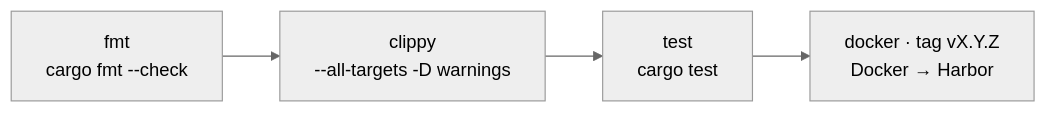
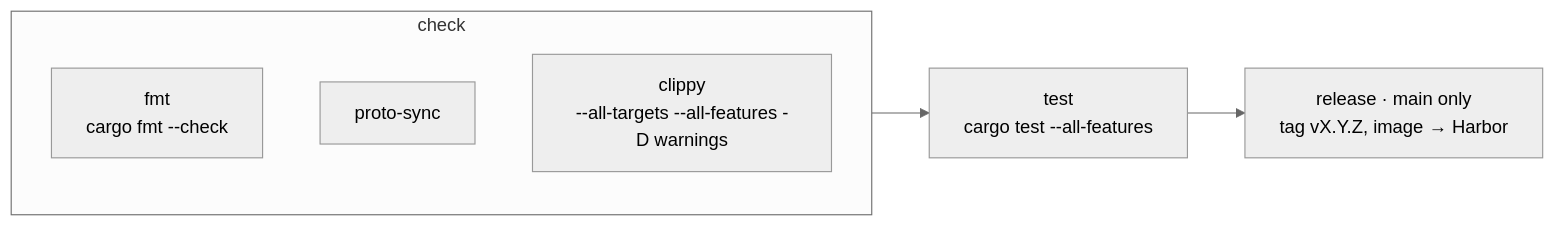
Before and after one commit to snodra/snodra-server: the diagram in README.md, drawn with Mermaid (neutral theme). The commit also changed other lines of this file, not shown here.

````diff
--- a/README.md
+++ b/README.md
@@ -1181,4 +1193,9 @@
 ```mermaid
 flowchart LR
-    fmt["fmt<br/>cargo fmt --check"] --> clippy["clippy<br/>--all-targets -D warnings"] --> test["test<br/>cargo test"] --> docker["docker · tag vX.Y.Z<br/>Docker → Harbor"]
+    subgraph check
+      fmt["fmt<br/>cargo fmt --check"]
+      sync["proto-sync"]
+      clippy["clippy<br/>--all-targets --all-features -D warnings"]
+    end
+    check --> test["test<br/>cargo test --all-features"] --> release["release · main only<br/>tag vX.Y.Z, image → Harbor"]
 ```
````
